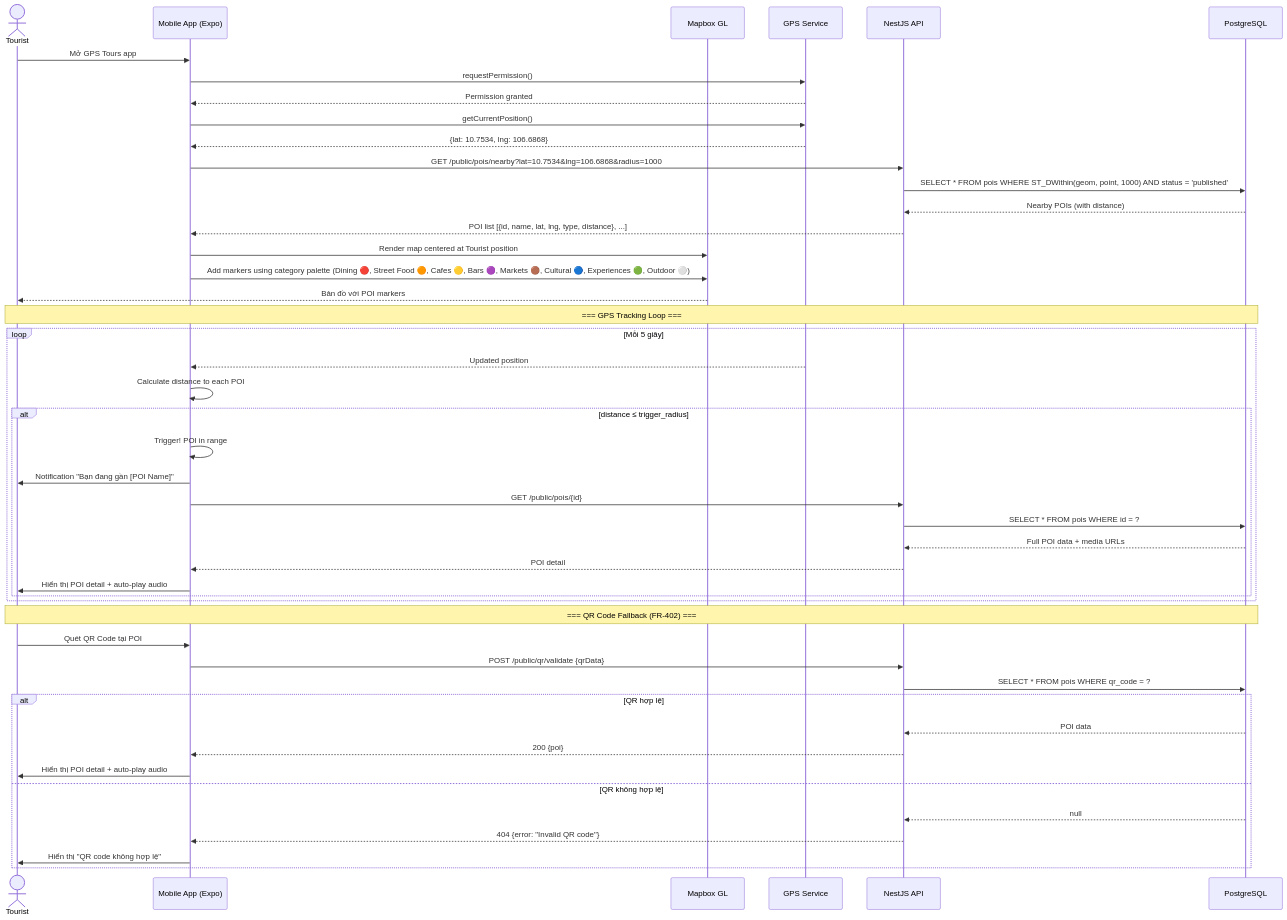
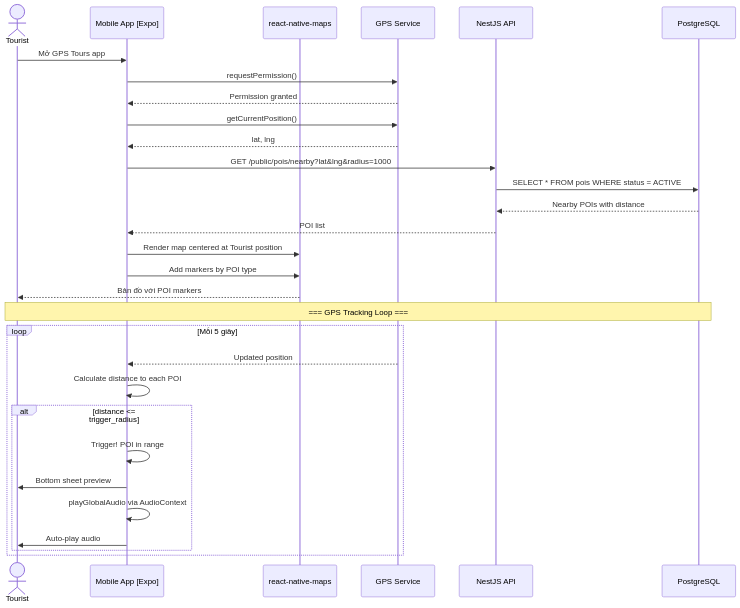
One commit to Ttuandatt/Seminar changed the sixth of 17 diagrams in docs/step3_prd/15_sequence_diagrams.md. Above: the diagram before and after it, drawn with Mermaid. The commit also changed other lines of this file and 1 other file, not shown here.

Commit message:
docs(sequence): add SD-15 Tourist Auth, SD-16 Audio Singleton, SD-17 QR Offline Fallback diagrams

````diff
--- a/docs/step3_prd/15_sequence_diagrams.md
+++ b/docs/step3_prd/15_sequence_diagrams.md
@@ -253,54 +257,37 @@
 ```mermaid
 sequenceDiagram
     actor Tourist
-    participant App as Mobile App (Expo)
-    participant Map as Mapbox GL
+    participant App as Mobile App [Expo]
+    participant Map as react-native-maps
     participant GPS as GPS Service
     participant API as NestJS API
     participant DB as PostgreSQL
 
     Tourist->>App: Mở GPS Tours app
     App->>GPS: requestPermission()
     GPS-->>App: Permission granted
     App->>GPS: getCurrentPosition()
-    GPS-->>App: {lat: 10.7534, lng: 106.6868}
+    GPS-->>App: lat, lng
 
-    App->>API: GET /public/pois/nearby?lat=10.7534&lng=106.6868&radius=1000
-    API->>DB: SELECT * FROM pois WHERE ST_DWithin(geom, point, 1000) AND status = 'published'
-    DB-->>API: Nearby POIs (with distance)
-    API-->>App: POI list [{id, name, lat, lng, type, distance}, ...]
+    App->>API: GET /public/pois/nearby?lat&lng&radius=1000
+    API->>DB: SELECT * FROM pois WHERE status = ACTIVE
+    DB-->>API: Nearby POIs with distance
+    API-->>App: POI list
 
     App->>Map: Render map centered at Tourist position
-    App->>Map: Add markers using category palette (Dining 🔴, Street Food 🟠, Cafes 🟡, Bars 🟣, Markets 🟤, Cultural 🔵, Experiences 🟢, Outdoor ⚪)
+    App->>Map: Add markers by POI type
     Map-->>Tourist: Bản đồ với POI markers
 
     Note over Tourist, DB: === GPS Tracking Loop ===
     loop Mỗi 5 giây
         GPS-->>App: Updated position
         App->>App: Calculate distance to each POI
         
-        alt distance ≤ trigger_radius
+        alt distance <= trigger_radius
             App->>App: Trigger! POI in range
-            App->>Tourist: Notification "Bạn đang gần [POI Name]"
-            App->>API: GET /public/pois/{id}
-            API->>DB: SELECT * FROM pois WHERE id = ?
-            DB-->>API: Full POI data + media URLs
-            API-->>App: POI detail
-            App->>Tourist: Hiển thị POI detail + auto-play audio
+            App->>Tourist: Bottom sheet preview
+            App->>App: playGlobalAudio via AudioContext
+            App->>Tourist: Auto-play audio
         end
     end
-
-    Note over Tourist, DB: === QR Code Fallback (FR-402) ===
-    Tourist->>App: Quét QR Code tại POI
-    App->>API: POST /public/qr/validate {qrData}
-    API->>DB: SELECT * FROM pois WHERE qr_code = ?
-    alt QR hợp lệ
-        DB-->>API: POI data
-        API-->>App: 200 {poi}
-        App->>Tourist: Hiển thị POI detail + auto-play audio
-    else QR không hợp lệ
-        DB-->>API: null
-        API-->>App: 404 {error: "Invalid QR code"}
-        App->>Tourist: Hiển thị "QR code không hợp lệ"
-    end
 ```
````
